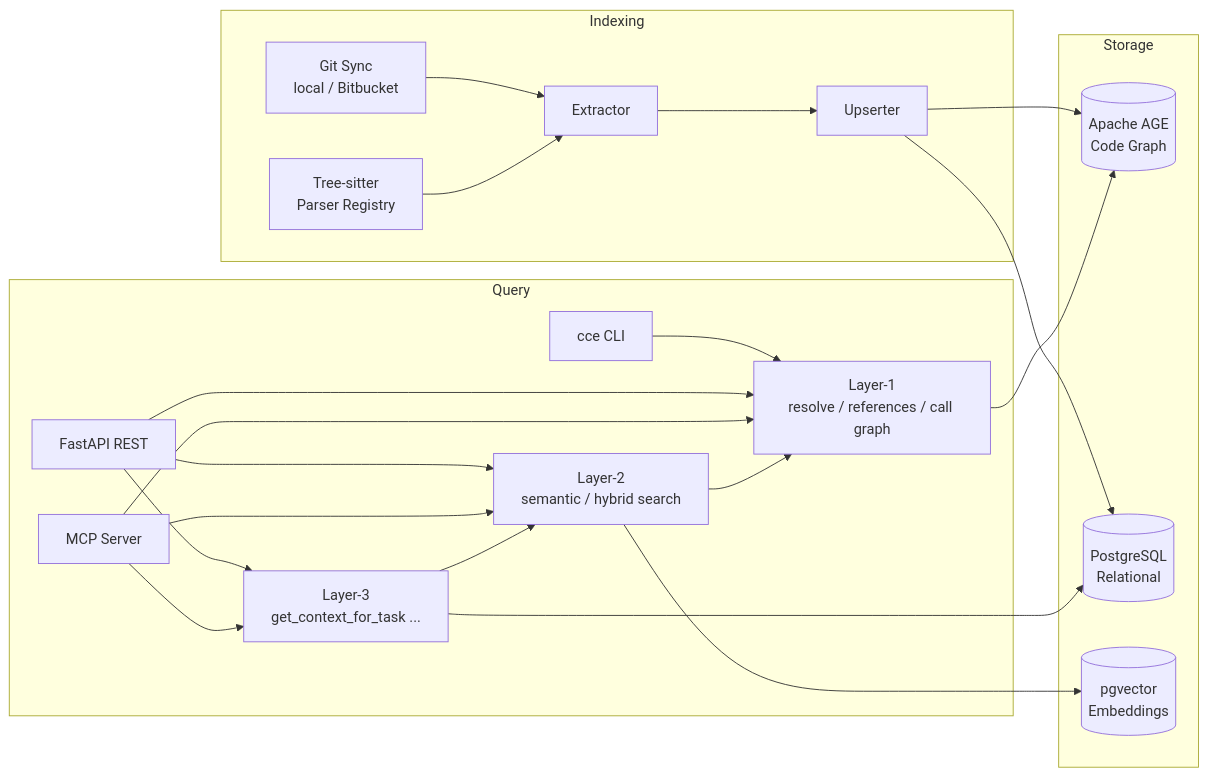
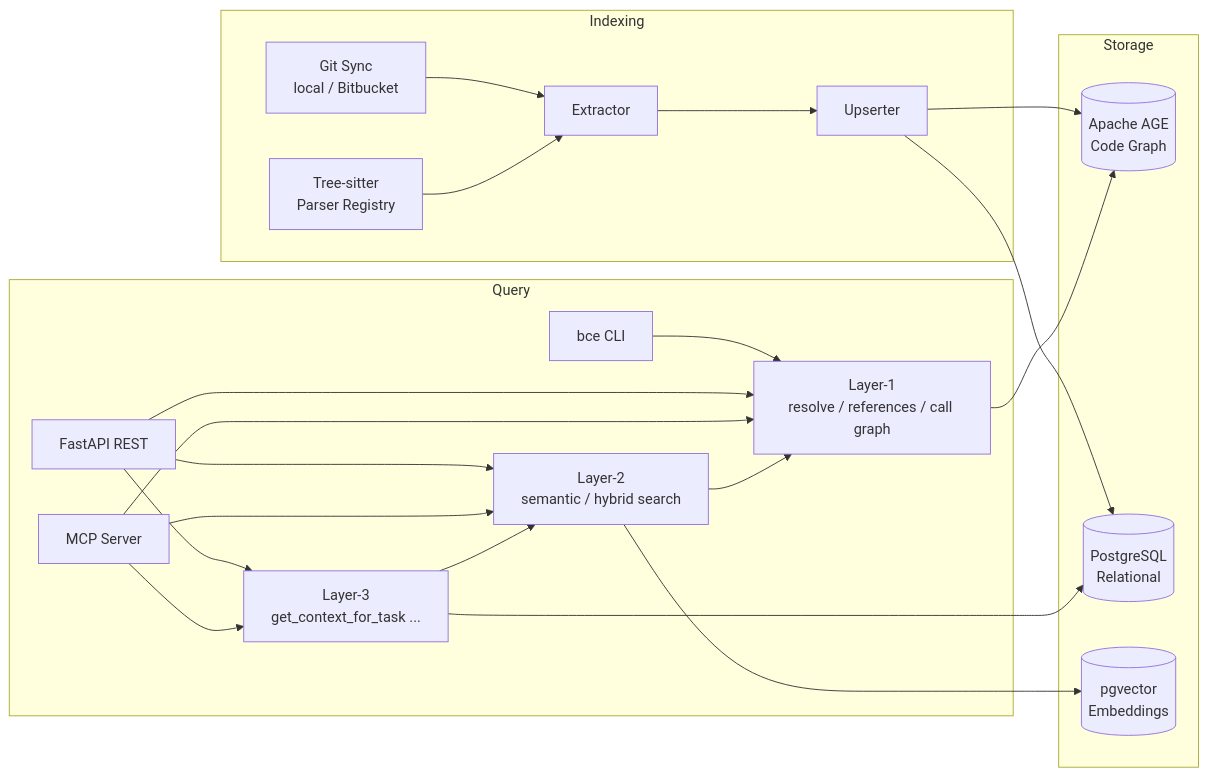
One commit to bgts-ai-org/bgts-context-engine changed the diagram in README.md. Above: the diagram before and after it, drawn with Mermaid. The commit also changed other lines of this file and 206 other files, not shown here.

````diff
--- a/README.md
+++ b/README.md
@@ -45,40 +45,40 @@
 ```mermaid
 flowchart LR
     subgraph Indexing
         Git[Git Sync\nlocal / Bitbucket]
         Parser[Tree-sitter\nParser Registry]
         Extractor[Extractor]
         Upserter[Upserter]
         Git --> Extractor
         Parser --> Extractor
         Extractor --> Upserter
     end
 
     subgraph Storage
         AGE[(Apache AGE\nCode Graph)]
         SQL[(PostgreSQL\nRelational)]
         Vec[(pgvector\nEmbeddings)]
         Upserter --> AGE
         Upserter --> SQL
     end
 
     subgraph Query
-        CLI[cce CLI]
+        CLI[bce CLI]
         API[FastAPI REST]
         MCP[MCP Server]
         L3[Layer-3\nget_context_for_task ...]
         L2[Layer-2\nsemantic / hybrid search]
         L1[Layer-1\nresolve / references / call graph]
         CLI --> L1
         API --> L1
         API --> L2
         API --> L3
         MCP --> L1
         MCP --> L2
         MCP --> L3
         L3 --> L2 --> L1
         L1 --> AGE
         L2 --> Vec
         L3 --> SQL
     end
 ```
````
